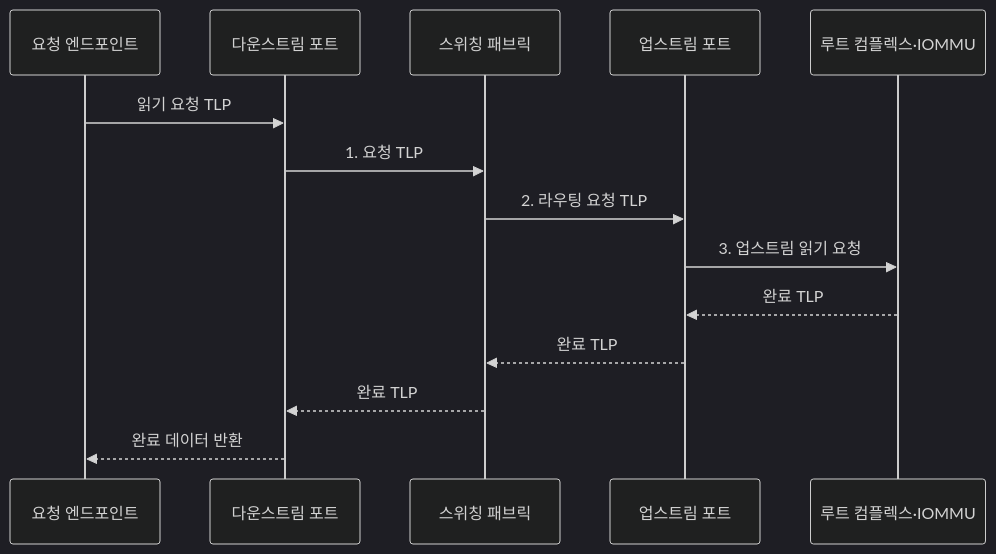
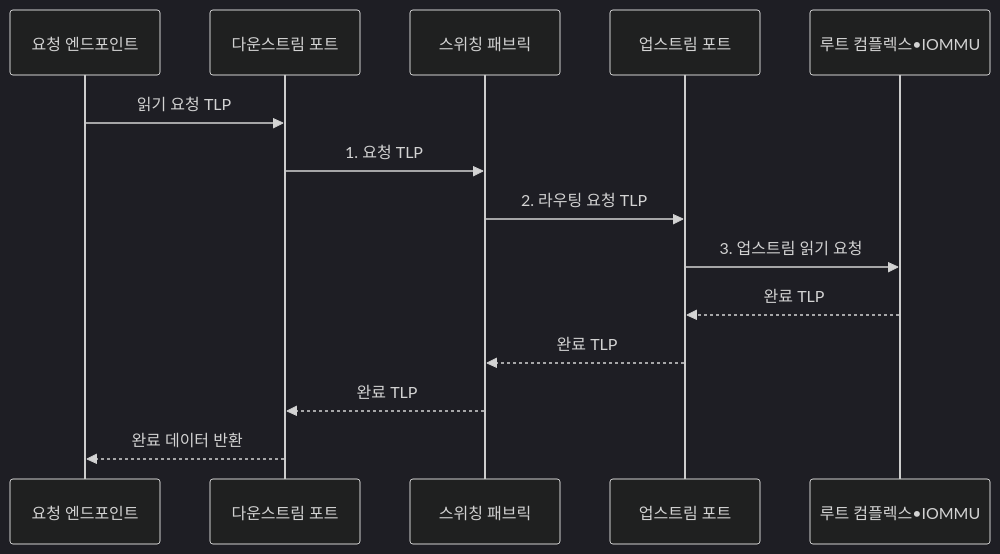
One commit to agnusdei1207/knowledge-base changed the second of 2 diagrams in src/content/docs/notes/02-hardware/079_pcie_switching.md. Above: the diagram before and after it, drawn with Mermaid (dark theme). The commit also changed other lines of this file and 953 other files, not shown here.

````diff
--- a/src/content/docs/notes/02-hardware/079_pcie_switching.md
+++ b/src/content/docs/notes/02-hardware/079_pcie_switching.md
@@ -108,17 +108,17 @@
 ```mermaid
 sequenceDiagram
     participant E as 요청 엔드포인트
     participant D as 다운스트림 포트
     participant F as 스위칭 패브릭
     participant U as 업스트림 포트
-    participant R as 루트 컴플렉스·IOMMU
+    participant R as 루트 컴플렉스•IOMMU
 
     E->>D: 읽기 요청 TLP
     D->>F: 1. 요청 TLP
     F->>U: 2. 라우팅 요청 TLP
     U->>R: 3. 업스트림 읽기 요청
     R-->>U: 완료 TLP
     U-->>F: 완료 TLP
     F-->>D: 완료 TLP
     D-->>E: 완료 데이터 반환
 ```
````
